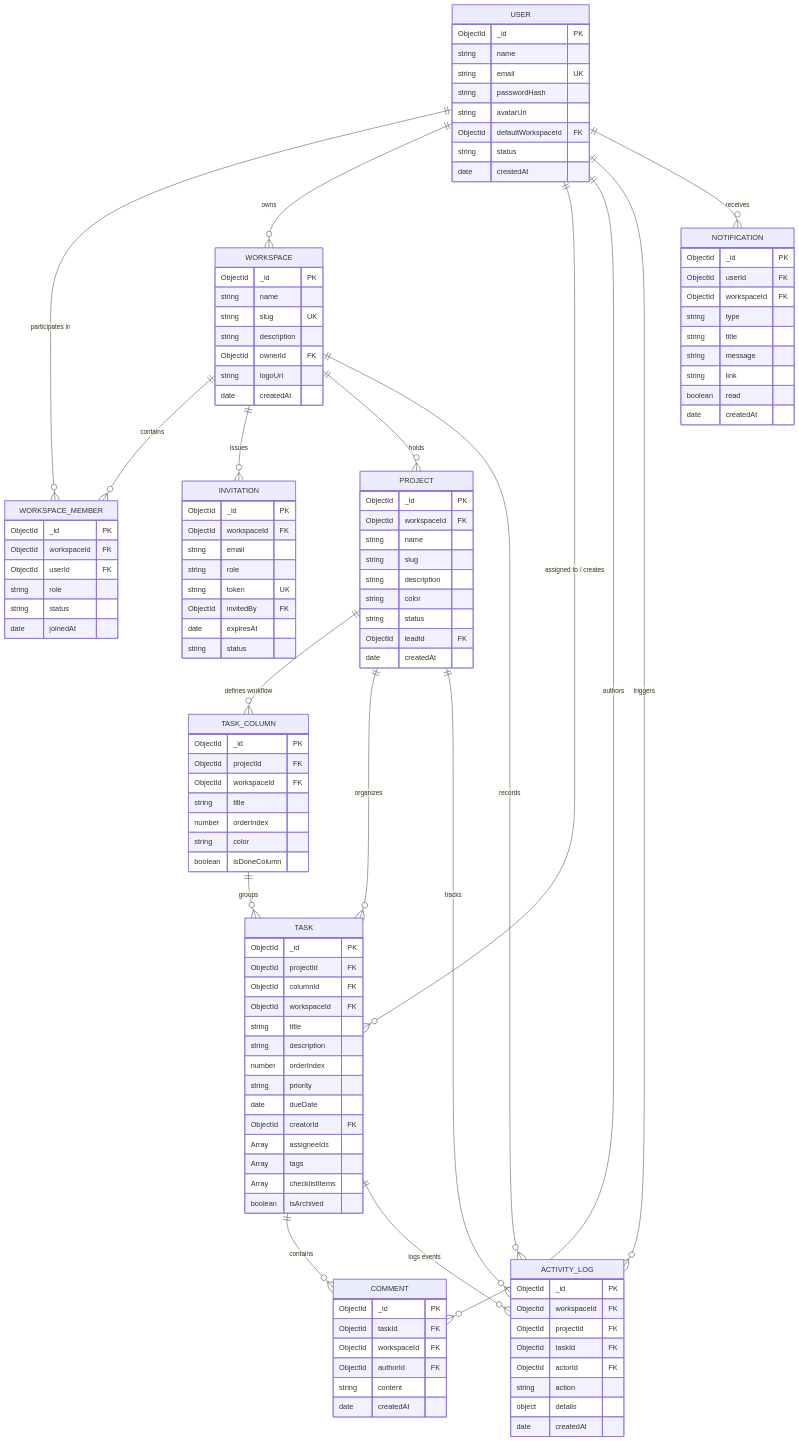
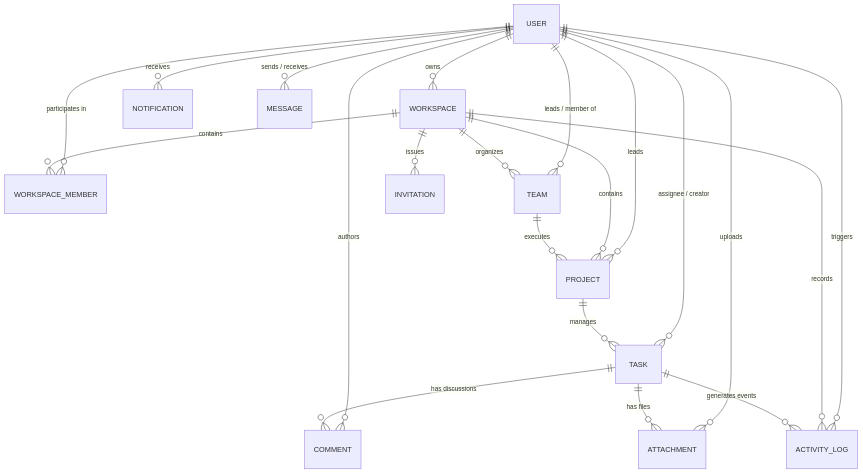
One commit to radhethakur-07/teamflow changed the diagram in docs/DATABASE_DESIGN.md. Above: the diagram before and after it, drawn with Mermaid. The commit also changed other lines of this file and 50 other files, not shown here.

````diff
--- a/docs/DATABASE_DESIGN.md
+++ b/docs/DATABASE_DESIGN.md
@@ -25,134 +25,24 @@
 erDiagram
     USER ||--o{ WORKSPACE_MEMBER : "participates in"
     USER ||--o{ WORKSPACE : "owns"
-    USER ||--o{ TASK : "assigned to / creates"
+    USER ||--o{ TEAM : "leads / member of"
+    USER ||--o{ PROJECT : "leads"
+    USER ||--o{ TASK : "assignee / creator"
     USER ||--o{ COMMENT : "authors"
+    USER ||--o{ NOTIFICATION : "receives"
+    USER ||--o{ MESSAGE : "sends / receives"
+    USER ||--o{ ATTACHMENT : "uploads"
     USER ||--o{ ACTIVITY_LOG : "triggers"
-    USER ||--o{ NOTIFICATION : "receives"
 
     WORKSPACE ||--o{ WORKSPACE_MEMBER : "contains"
+    WORKSPACE ||--o{ TEAM : "organizes"
+    WORKSPACE ||--o{ PROJECT : "contains"
     WORKSPACE ||--o{ INVITATION : "issues"
-    WORKSPACE ||--o{ PROJECT : "holds"
     WORKSPACE ||--o{ ACTIVITY_LOG : "records"
 
-    PROJECT ||--o{ TASK_COLUMN : "defines workflow"
-    PROJECT ||--o{ TASK : "organizes"
-    PROJECT ||--o{ ACTIVITY_LOG : "tracks"
-
-    TASK_COLUMN ||--o{ TASK : "groups"
-    
-    TASK ||--o{ COMMENT : "contains"
-    TASK ||--o{ ACTIVITY_LOG : "logs events"
-
-    USER {
-        ObjectId _id PK
-        string name
-        string email UK
-        string passwordHash
-        string avatarUrl
-        ObjectId defaultWorkspaceId FK
-        string status
-        date createdAt
-    }
-
-    WORKSPACE {
-        ObjectId _id PK
-        string name
-        string slug UK
-        string description
-        ObjectId ownerId FK
-        string logoUrl
-        date createdAt
-    }
-
-    WORKSPACE_MEMBER {
-        ObjectId _id PK
-        ObjectId workspaceId FK
-        ObjectId userId FK
-        string role
-        string status
-        date joinedAt
-    }
-
-    INVITATION {
-        ObjectId _id PK
-        ObjectId workspaceId FK
-        string email
-        string role
-        string token UK
-        ObjectId invitedBy FK
-        date expiresAt
-        string status
-    }
-
-    PROJECT {
-        ObjectId _id PK
-        ObjectId workspaceId FK
-        string name
-        string slug
-        string description
-        string color
-        string status
-        ObjectId leadId FK
-        date createdAt
-    }
-
-    TASK_COLUMN {
-        ObjectId _id PK
-        ObjectId projectId FK
-        ObjectId workspaceId FK
-        string title
-        number orderIndex
-        string color
-        boolean isDoneColumn
-    }
-
-    TASK {
-        ObjectId _id PK
-        ObjectId projectId FK
-        ObjectId columnId FK
-        ObjectId workspaceId FK
-        string title
-        string description
-        number orderIndex
-        string priority
-        date dueDate
-        ObjectId creatorId FK
-        Array assigneeIds
-        Array tags
-        Array checklistItems
-        boolean isArchived
-    }
-
-    COMMENT {
-        ObjectId _id PK
-        ObjectId taskId FK
-        ObjectId workspaceId FK
-        ObjectId authorId FK
-        string content
-        date createdAt
-    }
-
-    ACTIVITY_LOG {
-        ObjectId _id PK
-        ObjectId workspaceId FK
-        ObjectId projectId FK
-        ObjectId taskId FK
-        ObjectId actorId FK
-        string action
-        object details
-        date createdAt
-    }
-
-    NOTIFICATION {
-        ObjectId _id PK
-        ObjectId userId FK
-        ObjectId workspaceId FK
-        string type
-        string title
-        string message
-        string link
-        boolean read
-        date createdAt
-    }
+    TEAM ||--o{ PROJECT : "executes"
+    PROJECT ||--o{ TASK : "manages"
+    TASK ||--o{ COMMENT : "has discussions"
+    TASK ||--o{ ATTACHMENT : "has files"
+    TASK ||--o{ ACTIVITY_LOG : "generates events"
 ```
````
